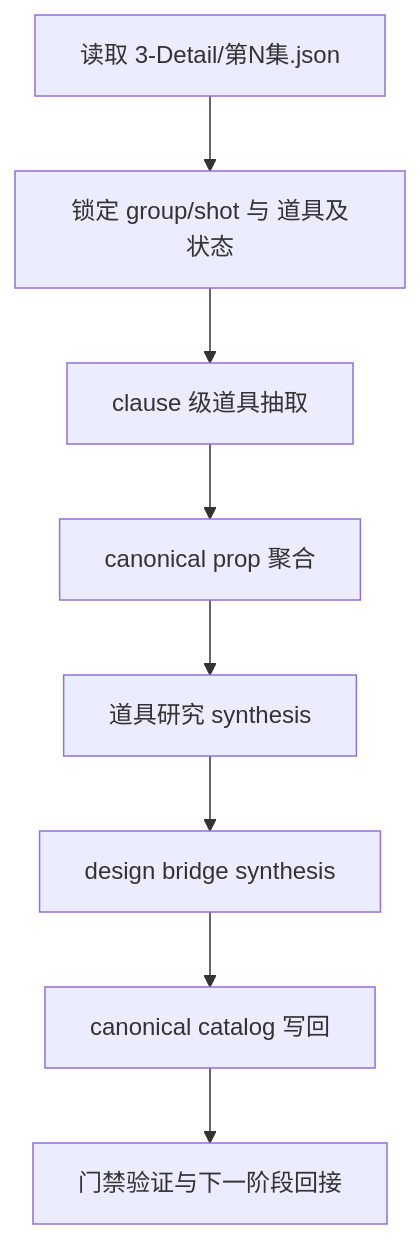
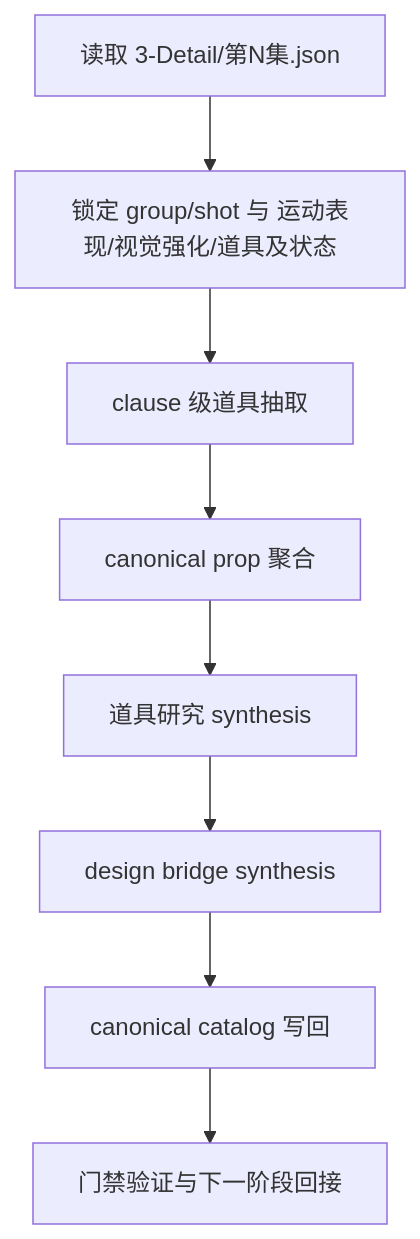
Before and after one commit to ZEN-VOID/AI-CUT: the first of 3 diagrams in .agents/skills/aigc/4-Design/1-清单/道具/SKILL.md, drawn with Mermaid. The commit also changed other lines of this file and 1383 other files, not shown here.

````diff
--- a/.agents/skills/aigc/4-Design/1-清单/道具/SKILL.md
+++ b/.agents/skills/aigc/4-Design/1-清单/道具/SKILL.md
@@ -69,10 +69,10 @@
 ```mermaid
 flowchart TD
-    A["读取 3-Detail/第N集.json"] --> B["锁定 group/shot 与 道具及状态"]
+    A["读取 3-Detail/第N集.json"] --> B["锁定 group/shot 与 运动表现/视觉强化/道具及状态"]
     B --> C["clause 级道具抽取"]
     C --> D["canonical prop 聚合"]
     D --> E["道具研究 synthesis"]
     E --> F["design bridge synthesis"]
     F --> G["canonical catalog 写回"]
     G --> H["门禁验证与下一阶段回接"]
 ```
````
